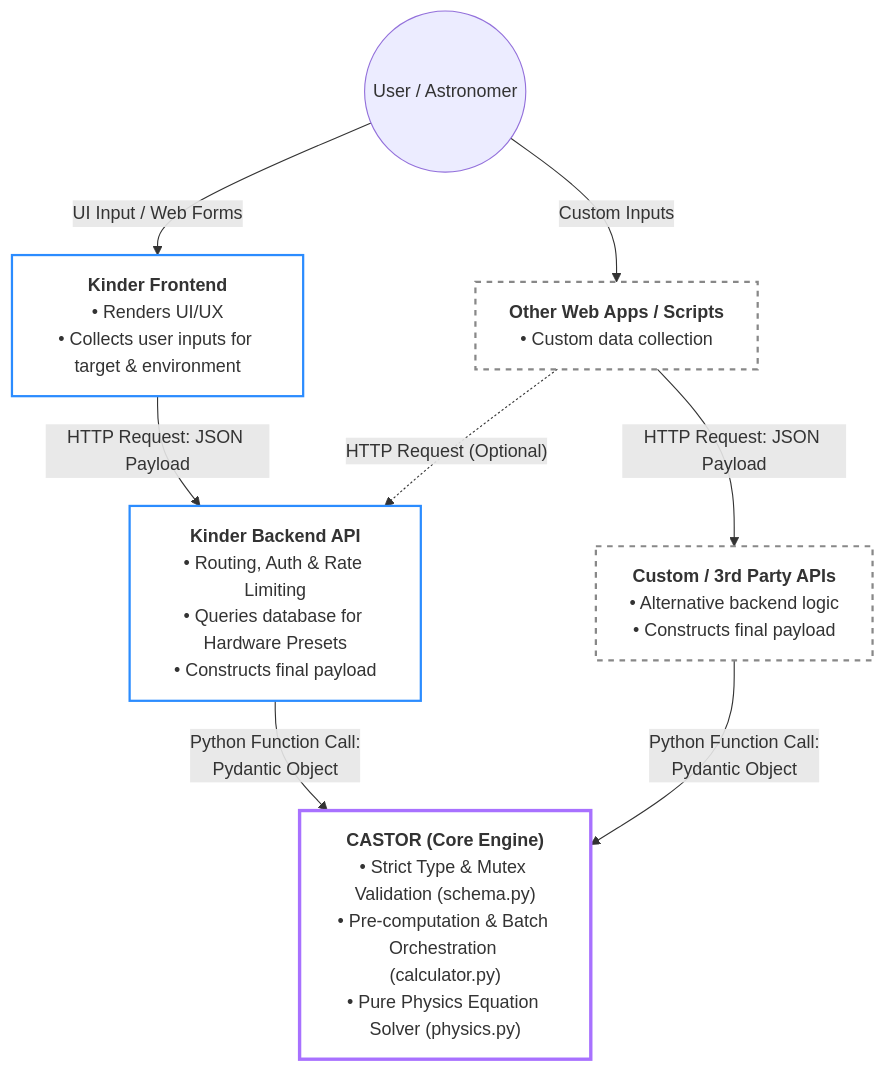
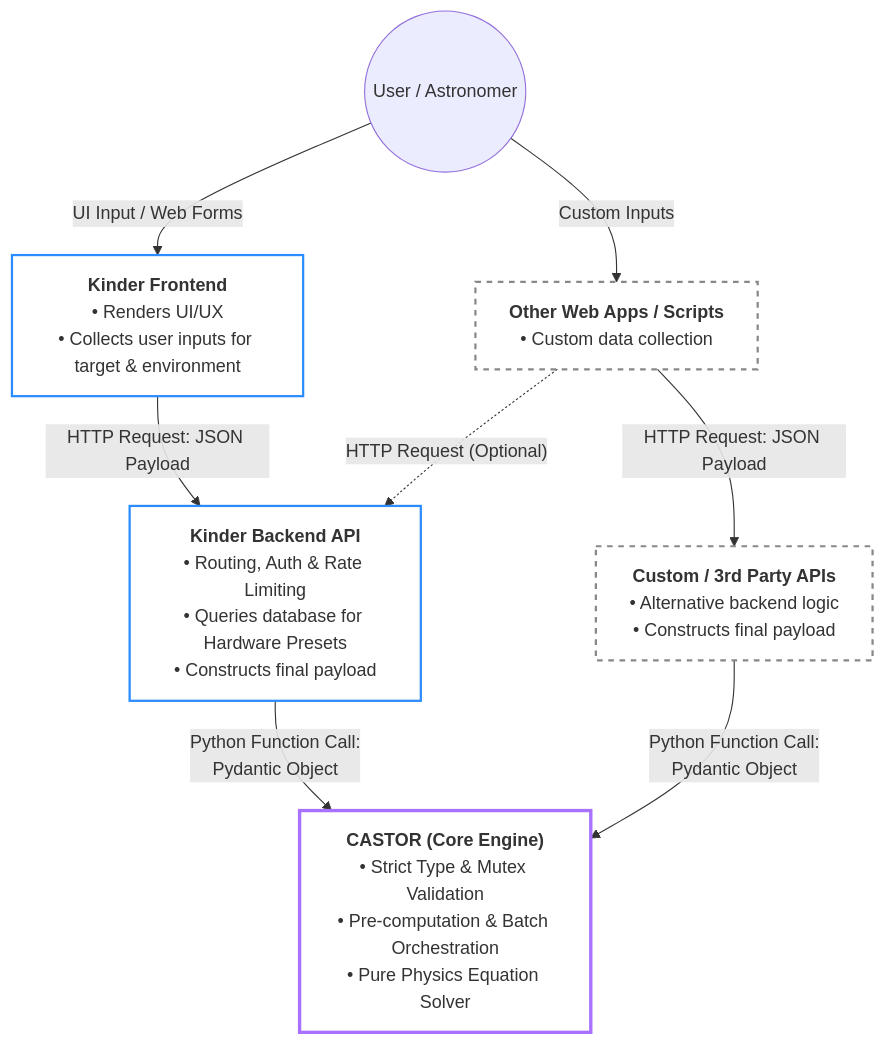
One commit to happpycorn/CASTOR changed the first of 2 diagrams in docs/architecture.md. Above: the diagram before and after it, drawn with Mermaid. The commit also changed other lines of this file, not shown here.

````diff
--- a/docs/architecture.md
+++ b/docs/architecture.md
@@ -17,38 +17,38 @@
 ```mermaid
 flowchart TD
     %% 定義終端使用者
     User((User / Astronomer))
 
     %% 定義 Client Layer 節點
     KinderClient["<b>Kinder Frontend</b><br>• Renders UI/UX<br>• Collects user inputs for target & environment"]
     OtherClient["<b>Other Web Apps / Scripts</b><br>• Custom data collection"]
 
     %% 定義 API Layer 節點
     KinderAPI["<b>Kinder Backend API</b><br>• Routing, Auth & Rate Limiting<br>• Queries database for Hardware Presets<br>• Constructs final payload"]
     OtherAPI["<b>Custom / 3rd Party APIs</b><br>• Alternative backend logic<br>• Constructs final payload"]
 
     %% 定義 Core Engine 節點
-    CASTOR["<b>CASTOR (Core Engine)</b><br>• Strict Type & Mutex Validation (schema.py)<br>• Pre-computation & Batch Orchestration (calculator.py)<br>• Pure Physics Equation Solver (physics.py)"]
+    CASTOR["<b>CASTOR (Core Engine)</b><br>• Strict Type & Mutex Validation<br>• Pre-computation & Batch Orchestration<br>• Pure Physics Equation Solver"]
 
     %% 資料流向：使用者到前端
     User -- "UI Input / Web Forms" --> KinderClient
     User -- "Custom Inputs" --> OtherClient
 
     %% 資料流向：前端到 API
     KinderClient -- "HTTP Request: JSON Payload" --> KinderAPI
     OtherClient -- "HTTP Request: JSON Payload" --> OtherAPI
     
     %% (選用) 外部 Client 也可以直接打 Kinder 的 API
     OtherClient -. "HTTP Request (Optional)" .-> KinderAPI
 
     %% 資料流向：API 到 CASTOR 核心
     KinderAPI -- "Python Function Call:<br>Pydantic Object" --> CASTOR
     OtherAPI -- "Python Function Call:<br>Pydantic Object" --> CASTOR
 
     %% 設定視覺樣式
     style CASTOR fill:transparent,stroke:#a871ff,stroke-width:3px
     style KinderClient fill:transparent,stroke:#2b8cff,stroke-width:2px
     style KinderAPI fill:transparent,stroke:#2b8cff,stroke-width:2px
     style OtherClient fill:transparent,stroke:#888888,stroke-width:2px,stroke-dasharray: 5 5
     style OtherAPI fill:transparent,stroke:#888888,stroke-width:2px,stroke-dasharray: 5 5
 ```
````
